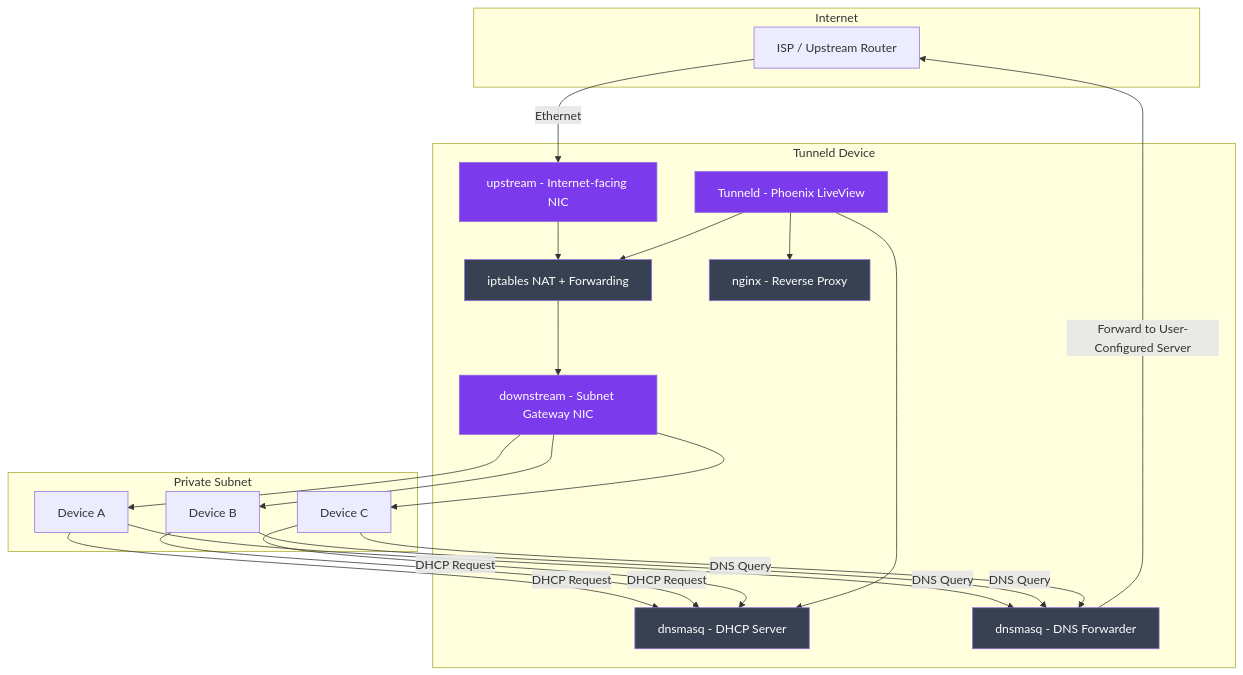
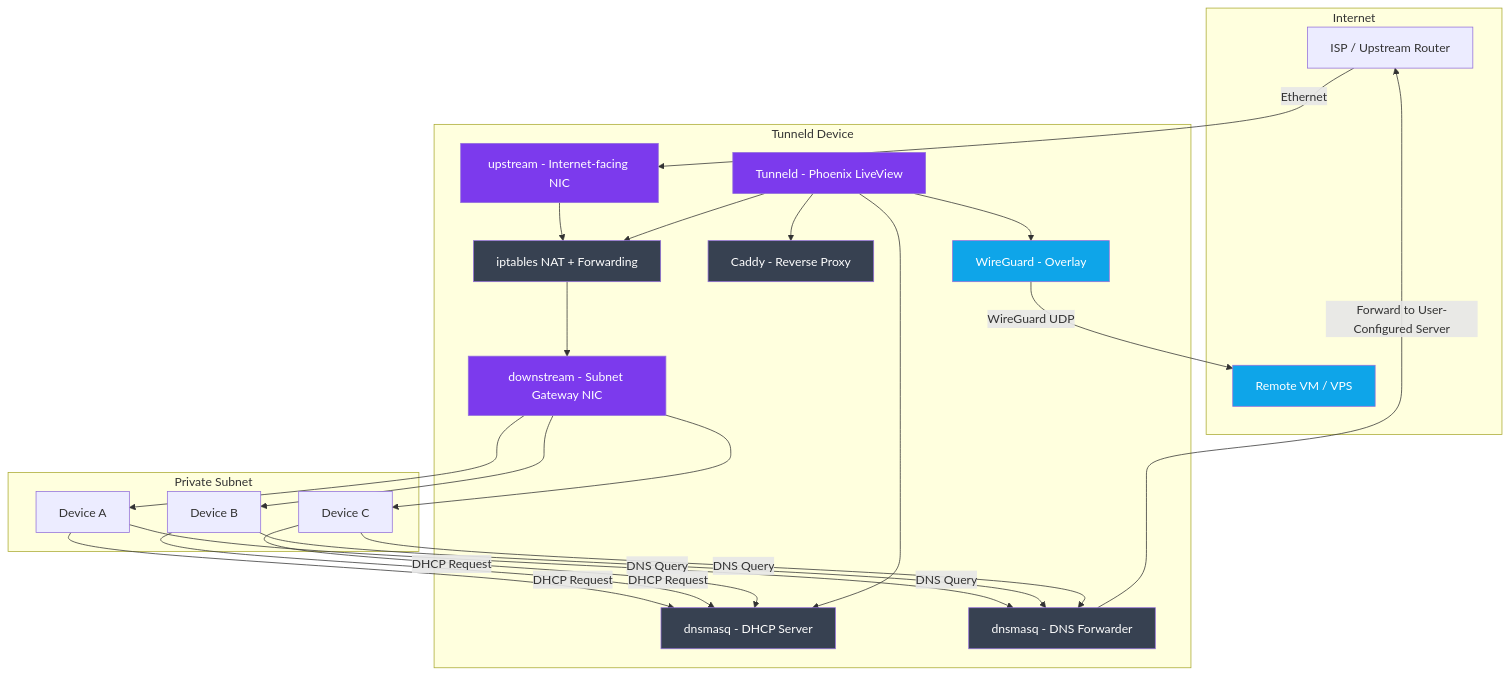
The diagram in docs/network-topology.md (toreanjoel/tunneld), drawn with Mermaid before and after one commit. The commit also changed other lines of this file and 3 other files, not shown here.

Commit message:
docs: rewrite linked docs to reflect runtime-agnostic architecture (M1-M8)

````diff
--- a/docs/network-topology.md
+++ b/docs/network-topology.md
@@ -5,47 +5,53 @@
 ```mermaid
 graph TB
     subgraph Internet
         ISP[ISP / Upstream Router]
+        VM[Remote VM / VPS]
     end
 
     subgraph Tunneld Device
         UP[upstream - Internet-facing NIC]
         DOWN[downstream - Subnet Gateway NIC]
         FW[iptables NAT + Forwarding]
         DHCP[dnsmasq - DHCP Server]
         DNS[dnsmasq - DNS Forwarder]
-        NGINX[nginx - Reverse Proxy]
+        CADDY[Caddy - Reverse Proxy]
+        WG[WireGuard - Overlay]
         APP[Tunneld - Phoenix LiveView]
     end
 
     subgraph Private Subnet
         D1[Device A]
         D2[Device B]
         D3[Device C]
     end
 
     ISP -->|Ethernet| UP
     UP --> FW
     FW --> DOWN
     DOWN --> D1
     DOWN --> D2
     DOWN --> D3
     D1 -->|DHCP Request| DHCP
     D2 -->|DHCP Request| DHCP
     D3 -->|DHCP Request| DHCP
     D1 -->|DNS Query| DNS
     D2 -->|DNS Query| DNS
     D3 -->|DNS Query| DNS
     DNS -->|Forward to User-Configured Server| ISP
-    APP --> NGINX
+    APP --> CADDY
     APP --> DHCP
     APP --> FW
+    WG -->|WireGuard UDP| VM
+    APP --> WG
 
     style UP fill:#7c3aed,color:#fff
     style DOWN fill:#7c3aed,color:#fff
     style FW fill:#374151,color:#fff
     style DHCP fill:#374151,color:#fff
     style DNS fill:#374151,color:#fff
-    style NGINX fill:#374151,color:#fff
+    style CADDY fill:#374151,color:#fff
+    style WG fill:#0ea5e9,color:#fff
+    style VM fill:#0ea5e9,color:#fff
     style APP fill:#7c3aed,color:#fff
 ```
````
